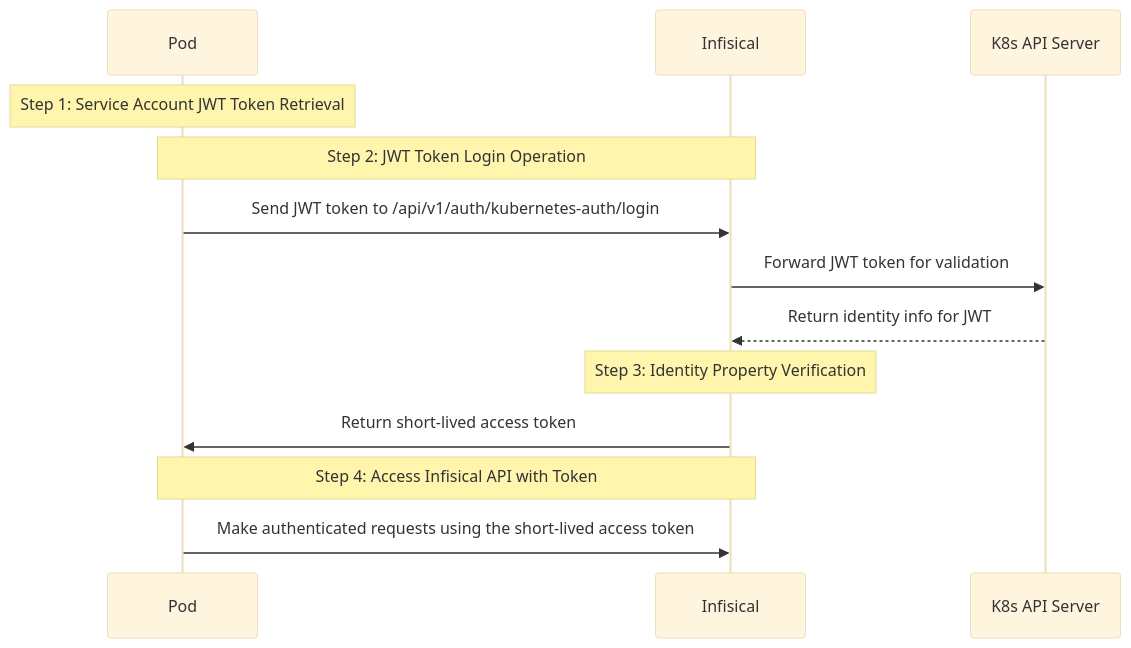
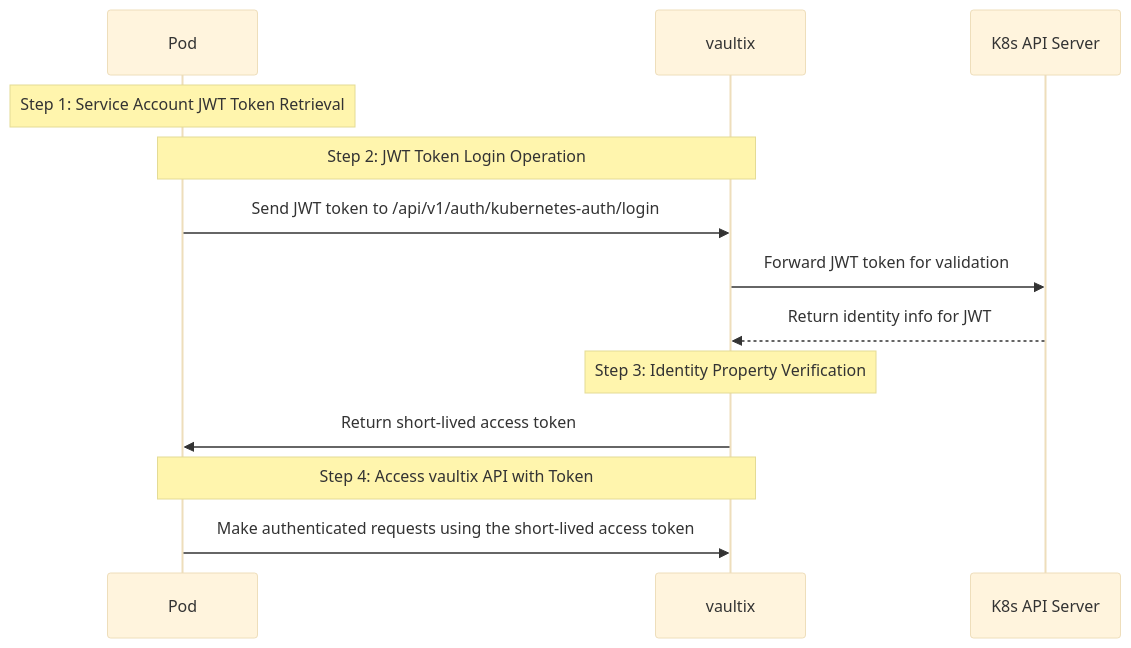
The diagram in core/docs/documentation/platform/identities/kubernetes-auth.mdx (shippinAI/vaultix), drawn with Mermaid (base theme) before and after one commit. The commit also changed other lines of this file and 1202 other files, not shown here.

````diff
--- a/core/docs/documentation/platform/identities/kubernetes-auth.mdx
+++ b/core/docs/documentation/platform/identities/kubernetes-auth.mdx
@@ -12,19 +12,19 @@
 ```mermaid
 sequenceDiagram
   participant Pod as Pod
-  participant Infis as Infisical
+  participant Infis as vaultix
   participant KubernetesServer as K8s API Server
 
   Note over Pod: Step 1: Service Account JWT Token Retrieval
 
   Note over Pod,Infis: Step 2: JWT Token Login Operation
   Pod->>Infis: Send JWT token to /api/v1/auth/kubernetes-auth/login
   Infis->>KubernetesServer: Forward JWT token for validation
     KubernetesServer-->>Infis: Return identity info for JWT
 
   Note over Infis: Step 3: Identity Property Verification
   Infis->>Pod: Return short-lived access token
 
-  Note over Pod,Infis: Step 4: Access Infisical API with Token
+  Note over Pod,Infis: Step 4: Access vaultix API with Token
   Pod->>Infis: Make authenticated requests using the short-lived access token
 ```
````
